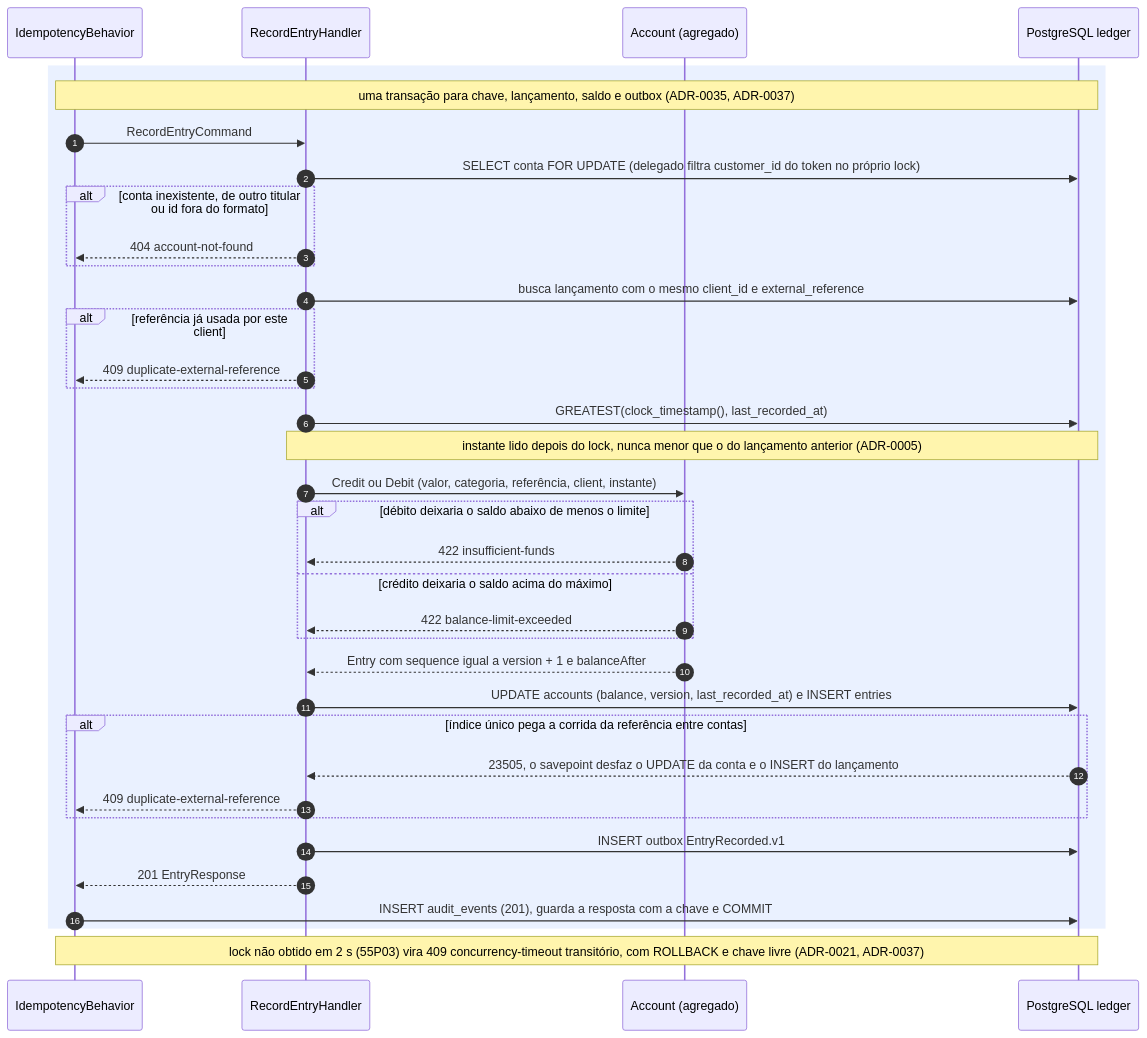
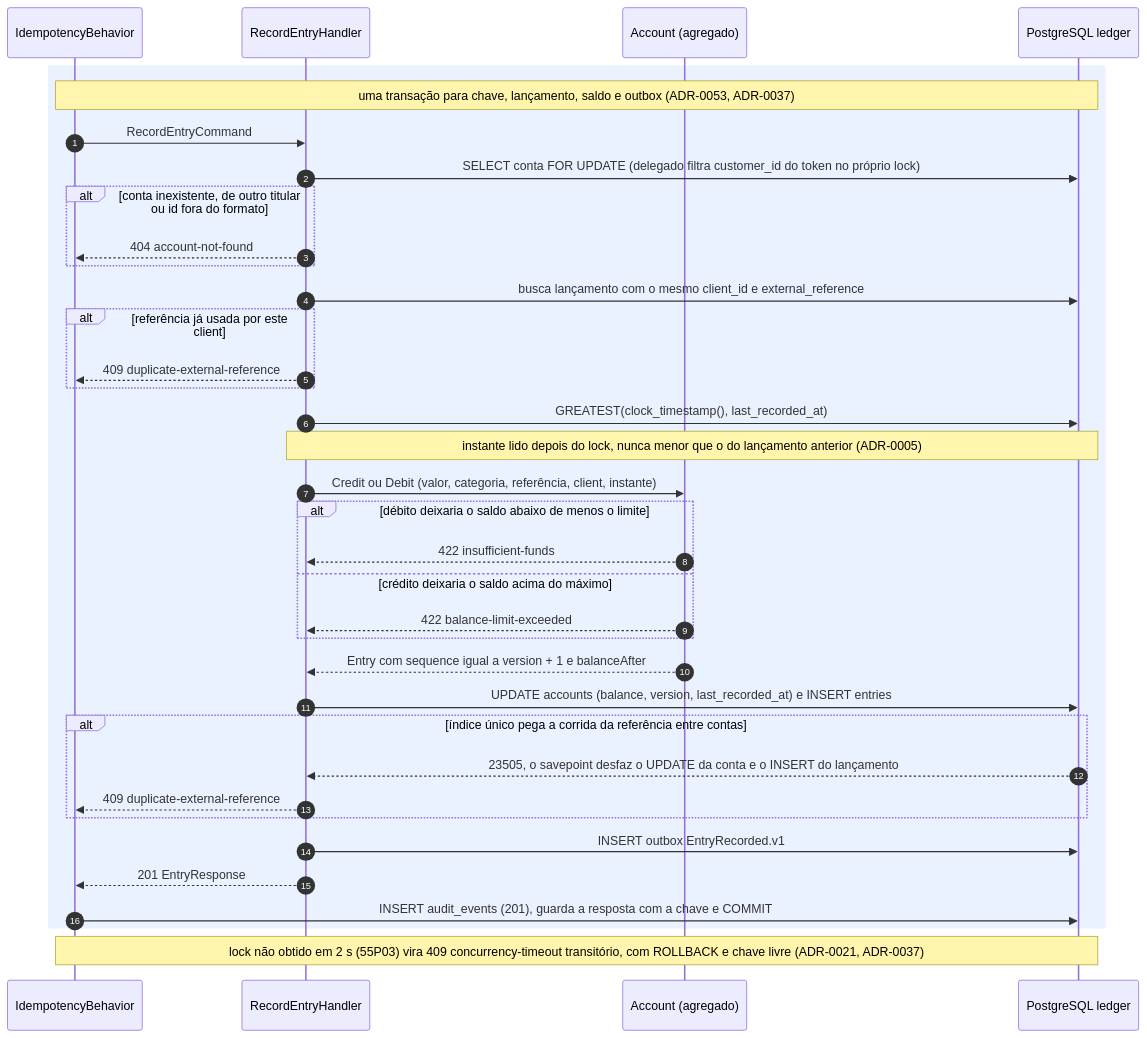
Before and after one commit to arthuurw/desafio-arquiteto-keyrus: the first of 8 diagrams in docs/arquitetura/fluxos-ledger.md, drawn with Mermaid. The commit also changed other lines of this file and 82 other files, not shown here.

````diff
--- a/docs/arquitetura/fluxos-ledger.md
+++ b/docs/arquitetura/fluxos-ledger.md
@@ -16,39 +16,39 @@
 ```mermaid
 sequenceDiagram
   autonumber
   participant B as IdempotencyBehavior
   participant H as RecordEntryHandler
   participant A as Account (agregado)
   participant DB as PostgreSQL ledger
 
   rect rgba(80, 140, 255, 0.12)
-    Note over B,DB: uma transação para chave, lançamento, saldo e outbox (ADR-0035, ADR-0037)
+    Note over B,DB: uma transação para chave, lançamento, saldo e outbox (ADR-0053, ADR-0037)
     B->>H: RecordEntryCommand
     H->>DB: SELECT conta FOR UPDATE (delegado filtra customer_id do token no próprio lock)
     alt conta inexistente, de outro titular ou id fora do formato
       H-->>B: 404 account-not-found
     end
     H->>DB: busca lançamento com o mesmo client_id e external_reference
     alt referência já usada por este client
       H-->>B: 409 duplicate-external-reference
     end
     H->>DB: GREATEST(clock_timestamp(), last_recorded_at)
     Note over H,DB: instante lido depois do lock, nunca menor que o do lançamento anterior (ADR-0005)
     H->>A: Credit ou Debit (valor, categoria, referência, client, instante)
     alt débito deixaria o saldo abaixo de menos o limite
       A-->>H: 422 insufficient-funds
     else crédito deixaria o saldo acima do máximo
       A-->>H: 422 balance-limit-exceeded
     end
     A-->>H: Entry com sequence igual a version + 1 e balanceAfter
     H->>DB: UPDATE accounts (balance, version, last_recorded_at) e INSERT entries
     alt índice único pega a corrida da referência entre contas
       DB-->>H: 23505, o savepoint desfaz o UPDATE da conta e o INSERT do lançamento
       H-->>B: 409 duplicate-external-reference
     end
     H->>DB: INSERT outbox EntryRecorded.v1
     H-->>B: 201 EntryResponse
     B->>DB: INSERT audit_events (201), guarda a resposta com a chave e COMMIT
   end
   Note over B,DB: lock não obtido em 2 s (55P03) vira 409 concurrency-timeout transitório, com ROLLBACK e chave livre (ADR-0021, ADR-0037)
 ```
````
